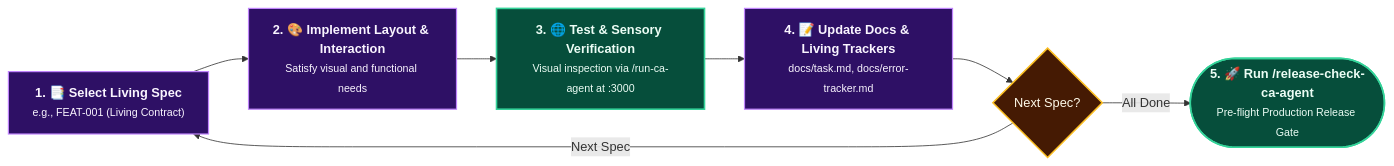
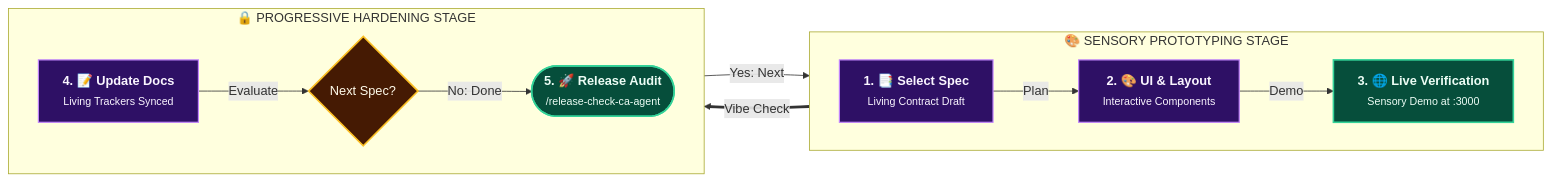
One commit to rmsofficialsyt/Agentic-AI-Vibe-Coding-AND-SDD-TDD-Codebase-Chandan-Adhikary changed the second of 3 diagrams in Vibe-Coding-Chandan-Adhikary/Vibe-Coding/docs/features/README.md. Above: the diagram before and after it, drawn with Mermaid. The commit also changed 14 other files, not shown here.

Commit message:
docs: standardize diagram aspect ratios, UI media sizing matrix, and multi-tier grid layouts

````diff
--- a/Vibe-Coding-Chandan-Adhikary/Vibe-Coding/docs/features/README.md
+++ b/Vibe-Coding-Chandan-Adhikary/Vibe-Coding/docs/features/README.md
@@ -55,13 +55,28 @@
 ```mermaid
 flowchart LR
     classDef step fill:#2e1065,stroke:#c084fc,stroke-width:1.5px,color:#faf5ff;
     classDef sensory fill:#064e3b,stroke:#34d399,stroke-width:2px,color:#ecfdf5;
     classDef gate fill:#451a03,stroke:#fbbf24,stroke-width:2px,color:#fffbeb;
 
-    SelectSpec["<b>1. 📑 Select Living Spec</b><br/><small>e.g., FEAT-001 (Living Contract)</small>"]:::step --> ScaffoldCode["<b>2. 🎨 Implement Layout & Interaction</b><br/><small>Satisfy visual and functional needs</small>"]:::step
-    ScaffoldCode --> LiveVerify["<b>3. 🌐 Test & Sensory Verification</b><br/><small>Visual inspection via /run-ca-agent at :3000</small>"]:::sensory
-    LiveVerify --> UpdateDocs["<b>4. 📝 Update Docs & Living Trackers</b><br/><small>docs/task.md, docs/error-tracker.md</small>"]:::step
-    UpdateDocs --> NextSpec{"Next Spec?"}:::gate
-    NextSpec -->|"Next Spec"| SelectSpec
-    NextSpec -->|"All Done"| FinalAudit(["<b>5. 🚀 Run /release-check-ca-agent</b><br/><small>Pre-flight Production Release Gate</small>"]):::sensory
+    subgraph ForwardTier ["🎨 SENSORY PROTOTYPING STAGE"]
+        direction LR
+        SelectSpec["<b>1. 📑 Select Spec</b><br/><small>Living Contract Draft</small>"]:::step
+        ScaffoldCode["<b>2. 🎨 UI & Layout</b><br/><small>Interactive Components</small>"]:::step
+        LiveVerify["<b>3. 🌐 Live Verification</b><br/><small>Sensory Demo at :3000</small>"]:::sensory
+    end
+
+    subgraph HardeningTier ["🔒 PROGRESSIVE HARDENING STAGE"]
+        direction LR
+        UpdateDocs["<b>4. 📝 Update Docs</b><br/><small>Living Trackers Synced</small>"]:::step
+        NextSpec{"Next Spec?"}:::gate
+        FinalAudit(["<b>5. 🚀 Release Audit</b><br/><small>/release-check-ca-agent</small>"]):::sensory
+    end
+
+    SelectSpec -->|"Plan"| ScaffoldCode
+    ScaffoldCode -->|"Demo"| LiveVerify
+    LiveVerify ==>|"Vibe Check"| UpdateDocs
+
+    UpdateDocs -->|"Evaluate"| NextSpec
+    NextSpec -->|"Yes: Next"| SelectSpec
+    NextSpec -->|"No: Done"| FinalAudit
 ```
````
